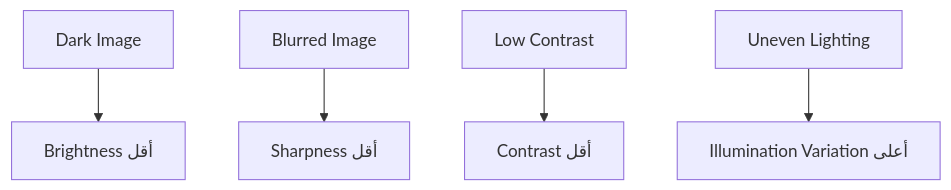
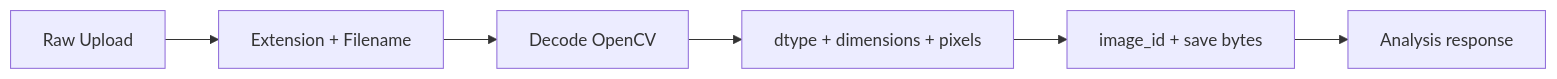
The second of 7 diagrams in docs/testing.md (Alhareith/manuscript-doctor), drawn with Mermaid before and after one commit. The commit also changed other lines of this file and 168 other files, not shown here.

````diff
--- a/docs/testing.md
+++ b/docs/testing.md
@@ -123,7 +82,8 @@
 ```mermaid
-flowchart TD
-    A["Dark Image"] --> B["Brightness أقل"]
-    C["Blurred Image"] --> D["Sharpness أقل"]
-    E["Low Contrast"] --> F["Contrast أقل"]
-    G["Uneven Lighting"] --> H["Illumination Variation أعلى"]
+flowchart LR
+    A["Raw Upload"] --> B["Extension + Filename"]
+    B --> C["Decode OpenCV"]
+    C --> D["dtype + dimensions + pixels"]
+    D --> E["image_id + save bytes"]
+    E --> F["Analysis response"]
 ```
````
